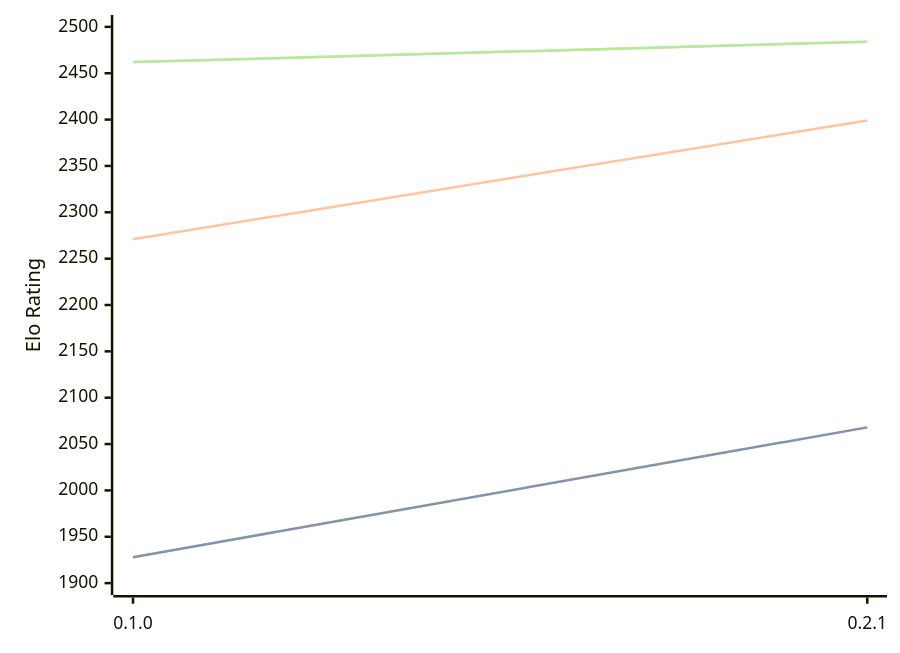
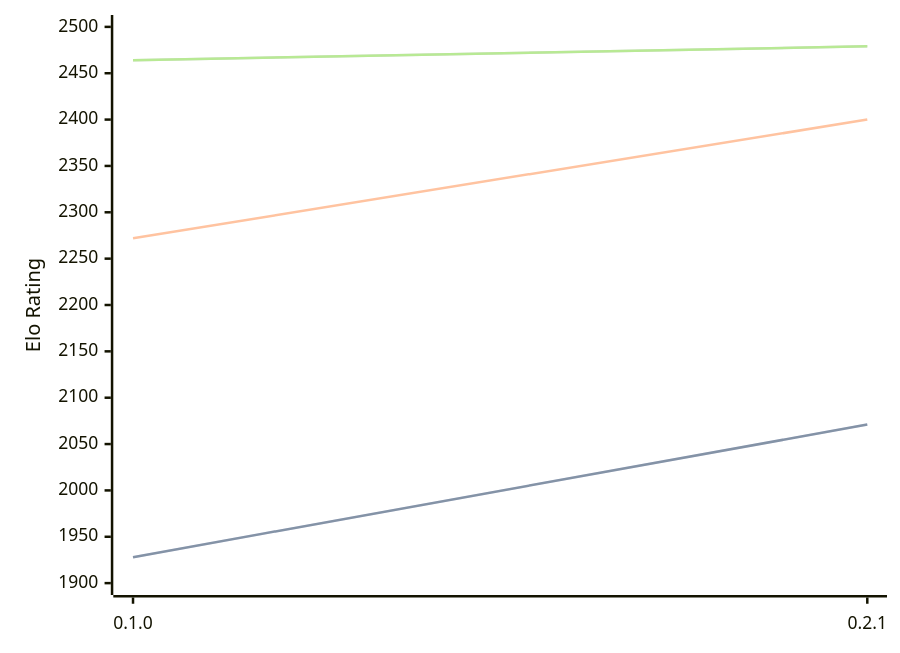
One commit to computer-chess-index/cci changed the diagram in engines/Sykora.md. Above: the diagram before and after it, drawn with Mermaid. The commit also changed other lines of this file, not shown here.

Commit message:
Update CCI Ratings (ELO VLTC) - 2026-05-04

````diff
--- a/engines/Sykora.md
+++ b/engines/Sykora.md
@@ -33,11 +33,11 @@
 ```mermaid
 %%{init: {"theme":"base","themeVariables":{"seriesColors:['#a3a3a3','#222221','#faa371']}}}%%
 xychart-beta
   x-axis ["0.1.0", "0.2.1"]
   y-axis "Elo Rating" 1900 --> 2500
-  line "STC (8.0+0.08s)" [1928, 2068]
-  line "STC (8.0+0.08s)" [1928, 2068]
-  line "LTC (60.0+0.60s)" [2271, 2399]
-  line "VLTC (2m24s+1.12s)" [2462, 2484]
-  line "VLTC (2m24s+1.12s)" [2462, 2484]
+  line "STC (8.0+0.08s)" [1928, 2071]
+  line "STC (8.0+0.08s)" [1928, 2071]
+  line "LTC (60.0+0.60s)" [2272, 2400]
+  line "VLTC (2m24s+1.12s)" [2464, 2479]
+  line "VLTC (2m24s+1.12s)" [2464, 2479]
 ```
````
